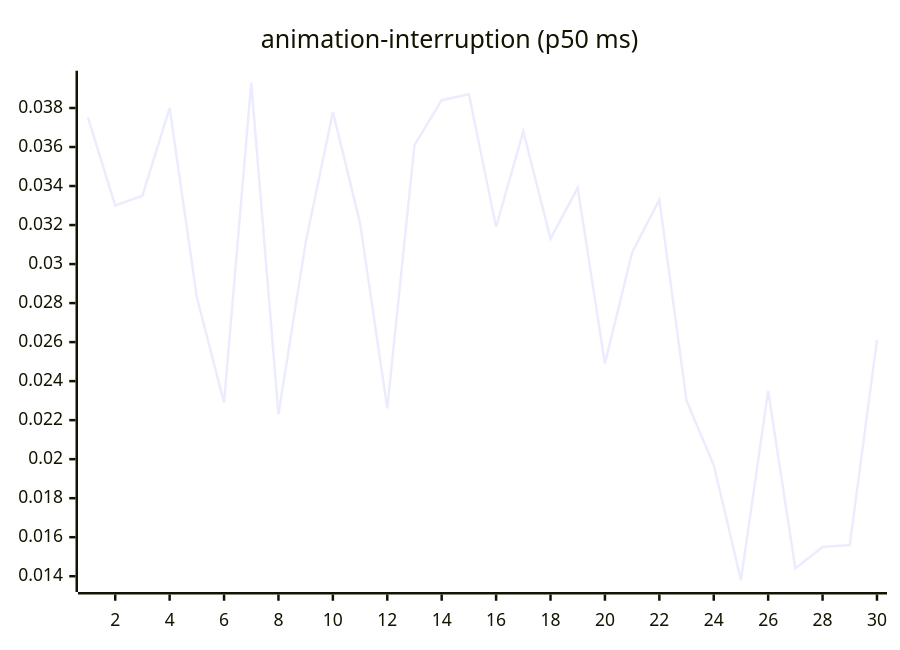
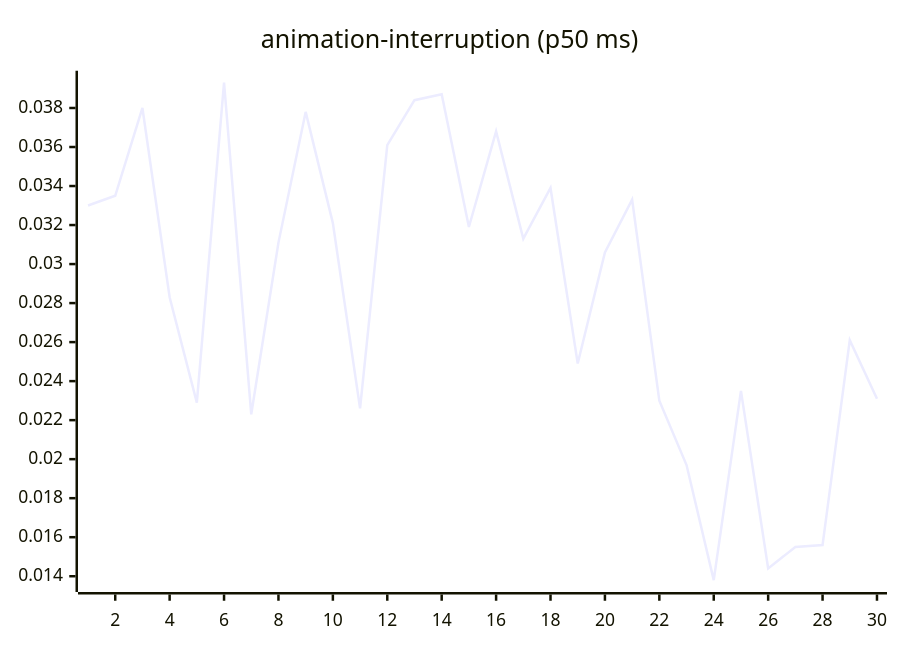
The third of 27 diagrams in README.md (josha/Facet), drawn with Mermaid before and after one commit. The commit also changed other lines of this file and 2 other files, not shown here.

````diff
--- a/README.md
+++ b/README.md
@@ -77,6 +77,6 @@
 ```mermaid
 xychart-beta
     title "animation-interruption (p50 ms)"
     x-axis 1 --> 30
-    line [0.0375, 0.0330, 0.0335, 0.0380, 0.0283, 0.0229, 0.0393, 0.0223, 0.0311, 0.0378, 0.0321, 0.0226, 0.0361, 0.0384, 0.0387, 0.0319, 0.0368, 0.0313, 0.0339, 0.0249, 0.0306, 0.0333, 0.0230, 0.0197, 0.0138, 0.0235, 0.0144, 0.0155, 0.0156, 0.0261]
+    line [0.0330, 0.0335, 0.0380, 0.0283, 0.0229, 0.0393, 0.0223, 0.0311, 0.0378, 0.0321, 0.0226, 0.0361, 0.0384, 0.0387, 0.0319, 0.0368, 0.0313, 0.0339, 0.0249, 0.0306, 0.0333, 0.0230, 0.0197, 0.0138, 0.0235, 0.0144, 0.0155, 0.0156, 0.0261, 0.0231]
 ```
````
